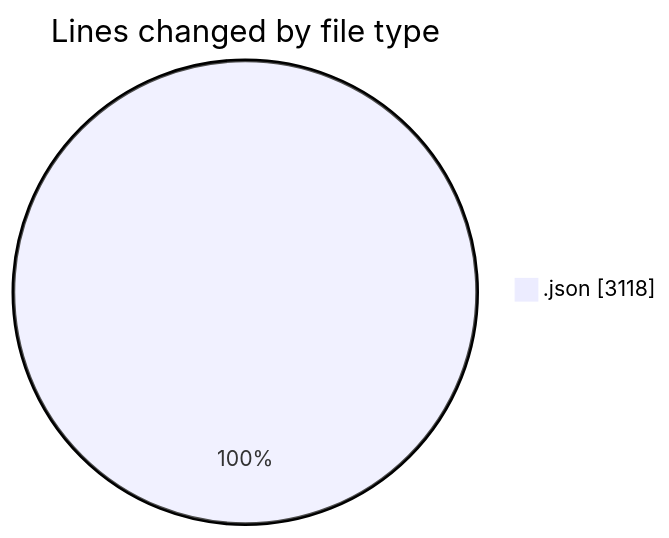
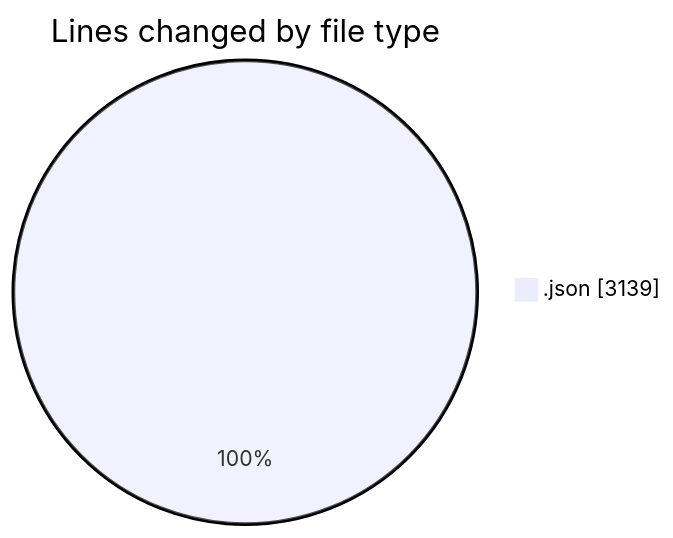
The first of 2 diagrams in 2025-08-10/_claude/README.md (EIIisD/code-tracking), drawn with Mermaid before and after one commit. The commit also changed other lines of this file and 1 other file, not shown here.

````diff
--- a/2025-08-10/_claude/README.md
+++ b/2025-08-10/_claude/README.md
@@ -20,5 +21,5 @@
 ```mermaid
 pie showData
 title Lines changed by file type
-".json" : 3118
+".json" : 3139
 ```
````
